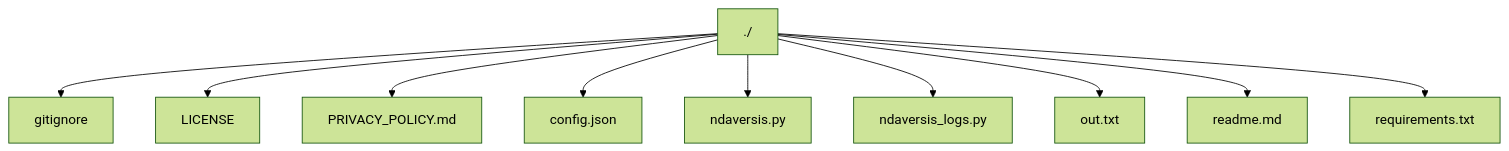
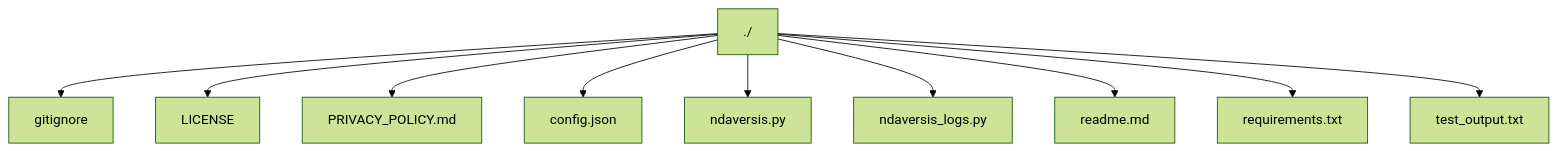
Before and after one commit to lystwork/ndaversis: the third of 8 diagrams in readme.md, drawn with Mermaid (forest theme). The commit also changed other lines of this file and 4 other files, not shown here.

Commit message:
feat: Enhance change summary generation with detailed file metrics, Mermaid visualization, and AI insights, bump version, and remove outdated assets and terms of service.

````diff
--- a/readme.md
+++ b/readme.md
@@ -313,13 +314,13 @@
 ```mermaid
 graph TD
     Root[./]
     Root --> node_gitignore["gitignore"]
     Root --> node_LICENSE["LICENSE"]
     Root --> node_PRIVACY_POLICY_md["PRIVACY_POLICY.md"]
     Root --> node_config_json["config.json"]
     Root --> node_ndaversis_py["ndaversis.py"]
     Root --> node_ndaversis_logs_py["ndaversis_logs.py"]
-    Root --> node_out_txt["out.txt"]
     Root --> node_readme_md["readme.md"]
     Root --> node_requirements_txt["requirements.txt"]
+    Root --> node_test_output_txt["test_output.txt"]
 ```
````
